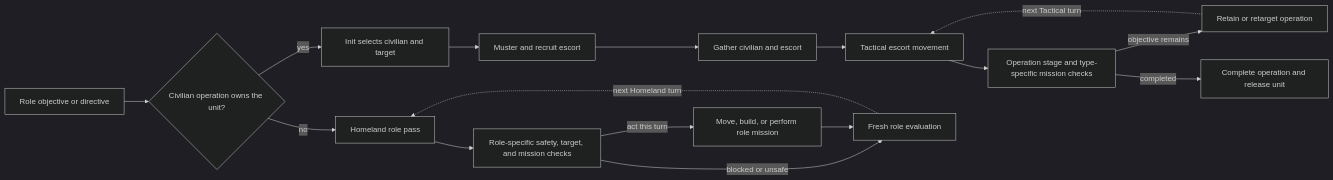
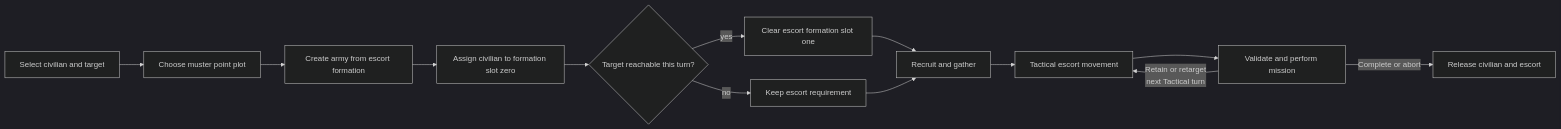
One commit to vox-deorum/vox-deorum changed the second of 2 diagrams in docs/developers/civ5-dll/unit-ai/civilian-operation.md. Above: the diagram before and after it, drawn with Mermaid (dark theme). The commit also changed other lines of this file and 14 other files, not shown here.

````diff
--- a/docs/developers/civ5-dll/unit-ai/civilian-operation.md
+++ b/docs/developers/civ5-dll/unit-ai/civilian-operation.md
@@ -22,18 +37,15 @@
 ```mermaid
 flowchart LR
-    O[Role objective or directive] --> A{Civilian operation owns the unit?}
-    A -->|yes| I[Init selects civilian and target]
-    I --> M[Muster and recruit escort]
-    M --> G[Gather civilian and escort]
-    G --> T[Tactical escort movement]
-    T --> P[Operation stage and type-specific mission checks]
-    P -->|objective remains| N[Retain or retarget operation]
-    N -.->|next Tactical turn| T
-    P -->|completed| C[Complete operation and release unit]
-    A -->|no| H[Homeland role pass]
-    H --> S[Role-specific safety, target, and mission checks]
-    S -->|act this turn| R[Move, build, or perform role mission]
-    S -->|blocked or unsafe| V[Fresh role evaluation]
-    R --> V
-    V -.->|next Homeland turn| H
+    I[Select civilian and target] --> P[Choose muster point plot]
+    P --> A[Create army from escort formation]
+    A --> S[Assign civilian to formation slot zero]
+    S --> E{Target reachable this turn?}
+    E -->|yes| C[Clear escort formation slot one]
+    E -->|no| K[Keep escort requirement]
+    C --> R[Recruit and gather]
+    K --> R
+    R --> T[Tactical escort movement]
+    T --> V[Validate and perform mission]
+    V -->|Retain or retarget<br/>next Tactical turn| T
+    V -->|Complete or abort| L[Release civilian and escort]
 ```
````
